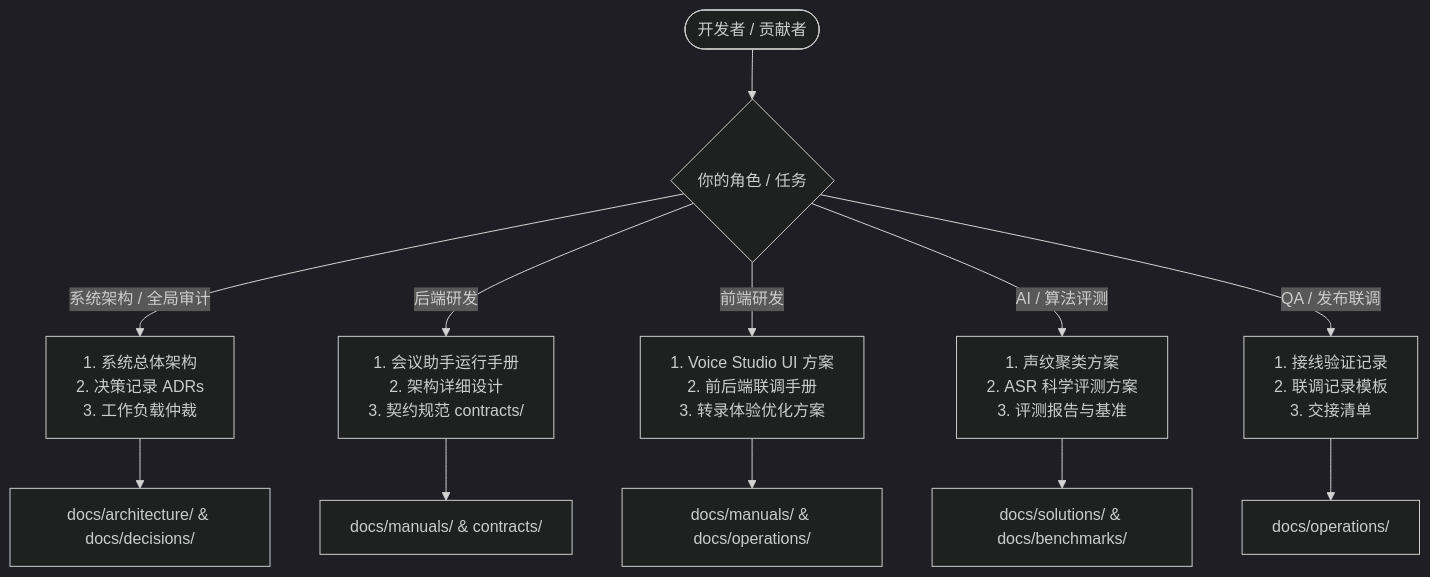
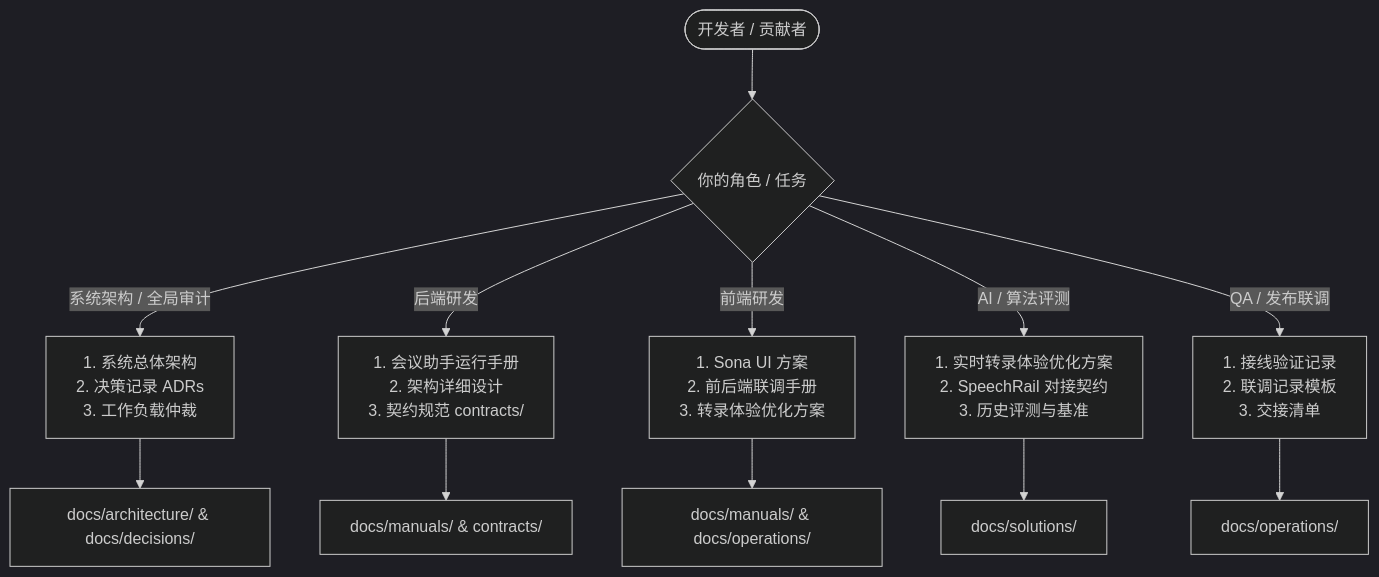
Before and after one commit to hrygo/voice-realtime: the diagram in docs/README.md, drawn with Mermaid (dark theme). The commit also changed other lines of this file and 495 other files, not shown here.

First line of the commit message:
Merge pull request #3 from hrygo/refactor/clean-architecture-and-docs

````diff
--- a/docs/README.md
+++ b/docs/README.md
@@ -99,16 +110,16 @@
 ```mermaid
 graph TD
     User([开发者 / 贡献者]) --> Role{你的角色 / 任务}
     
     Role -->|系统架构 / 全局审计| Arc[1. 系统总体架构<br/>2. 决策记录 ADRs<br/>3. 工作负载仲裁]
     Role -->|后端研发| Be[1. 会议助手运行手册<br/>2. 架构详细设计<br/>3. 契约规范 contracts/]
-    Role -->|前端研发| Fe[1. Voice Studio UI 方案<br/>2. 前后端联调手册<br/>3. 转录体验优化方案]
-    Role -->|AI / 算法评测| Algo[1. 声纹聚类方案<br/>2. ASR 科学评测方案<br/>3. 评测报告与基准]
+    Role -->|前端研发| Fe[1. Sona UI 方案<br/>2. 前后端联调手册<br/>3. 转录体验优化方案]
+    Role -->|AI / 算法评测| Algo[1. 实时转录体验优化方案<br/>2. SpeechRail 对接契约<br/>3. 历史评测与基准]
     Role -->|QA / 发布联调| Qa[1. 接线验证记录<br/>2. 联调记录模板<br/>3. 交接清单]
 
     Arc --> ArcDocs[docs/architecture/ & docs/decisions/]
     Be --> BeDocs[docs/manuals/ & contracts/]
     Fe --> FeDocs[docs/manuals/ & docs/operations/]
-    Algo --> AlgoDocs[docs/solutions/ & docs/benchmarks/]
+    Algo --> AlgoDocs[docs/solutions/]
     Qa --> QaDocs[docs/operations/]
 ```
````
